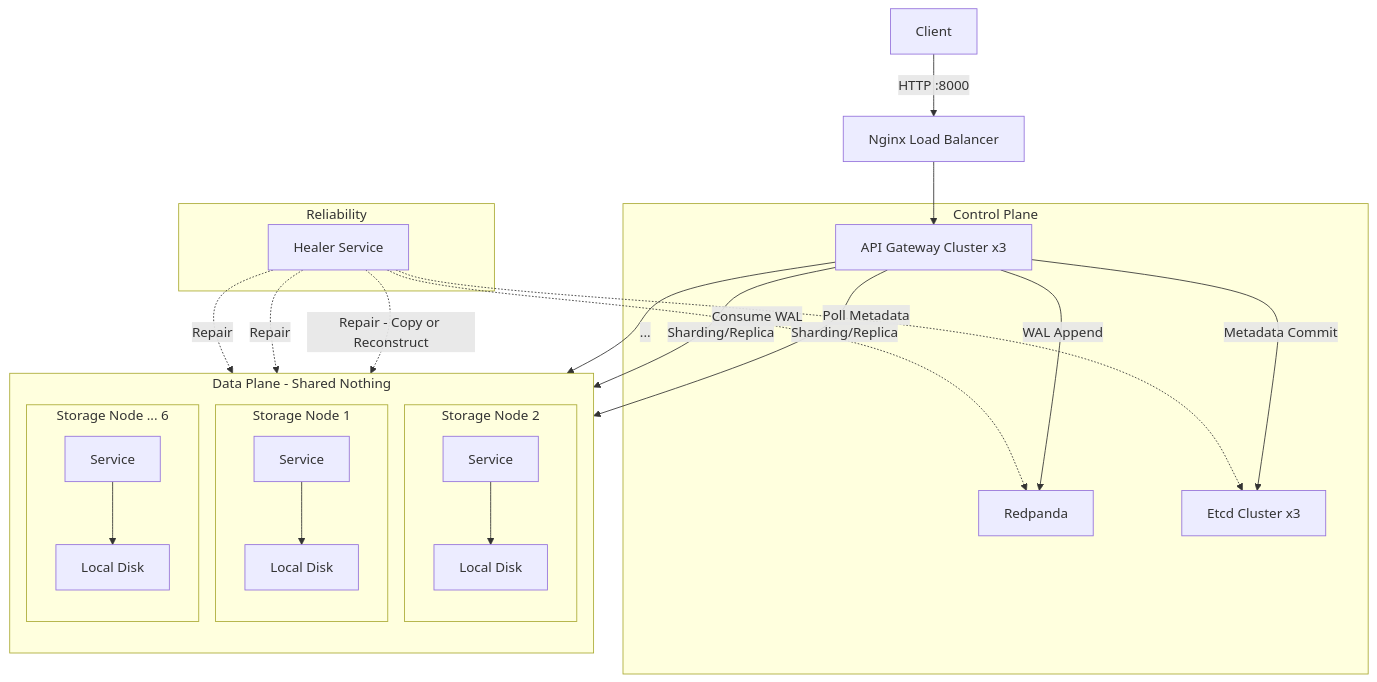
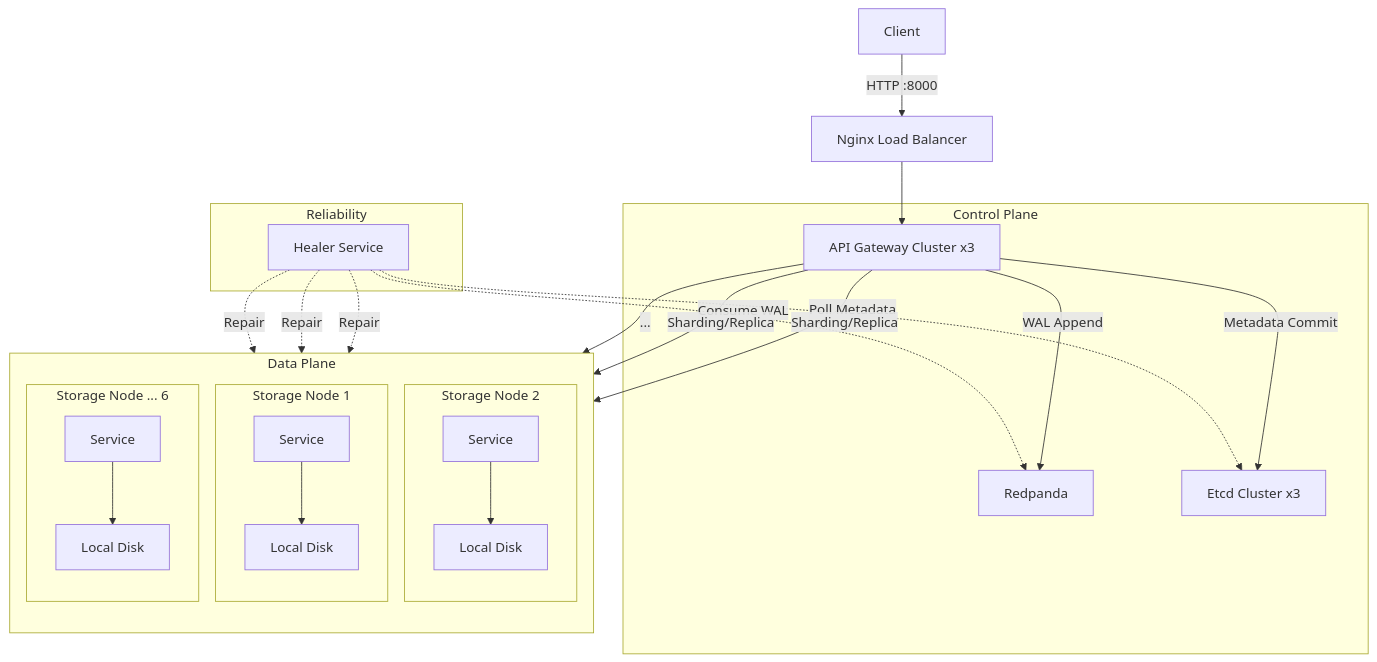
Before and after one commit to F64116045/Replication_ErasureCoding_Object_Store: the diagram in Readme.md, drawn with Mermaid.

````diff
--- a/Readme.md
+++ b/Readme.md
@@ -30,38 +30,38 @@
 ```mermaid
 graph TD
     User[Client] -->|HTTP :8000| LB[Nginx Load Balancer]
     LB --> API[API Gateway Cluster x3]
 
     subgraph Control_Plane [Control Plane]
         API -->|WAL Append | RP[Redpanda]
         API -->|Metadata Commit | Etcd[Etcd Cluster x3]
     end
 
-    subgraph Data_Plane [Data Plane - Shared Nothing]
+    subgraph Data_Plane [Data Plane]
         direction TB
         
         API -->|Sharding/Replica| SN1
         API -->|Sharding/Replica| SN2
         API -->|...| SN_N
 
         subgraph Node_1 [Storage Node 1]
             SN1[Service] --> D1[Local Disk]
         end
 
         subgraph Node_2 [Storage Node 2]
             SN2[Service] --> D2[Local Disk]
         end
 
         subgraph Node_N [Storage Node ... 6]
             SN_N[Service] --> D_N[Local Disk]
         end
     end
 
     subgraph Reliability [Reliability]
         Healer[Healer Service] -.->|Consume WAL| RP
         Healer -.->|Poll Metadata| Etcd
-        Healer -.->|Repair - Copy or Reconstruct| SN1
+        Healer -.->|Repair| SN1
         Healer -.->|Repair| SN2
         Healer -.->|Repair| SN_N
     end
 ```
````
